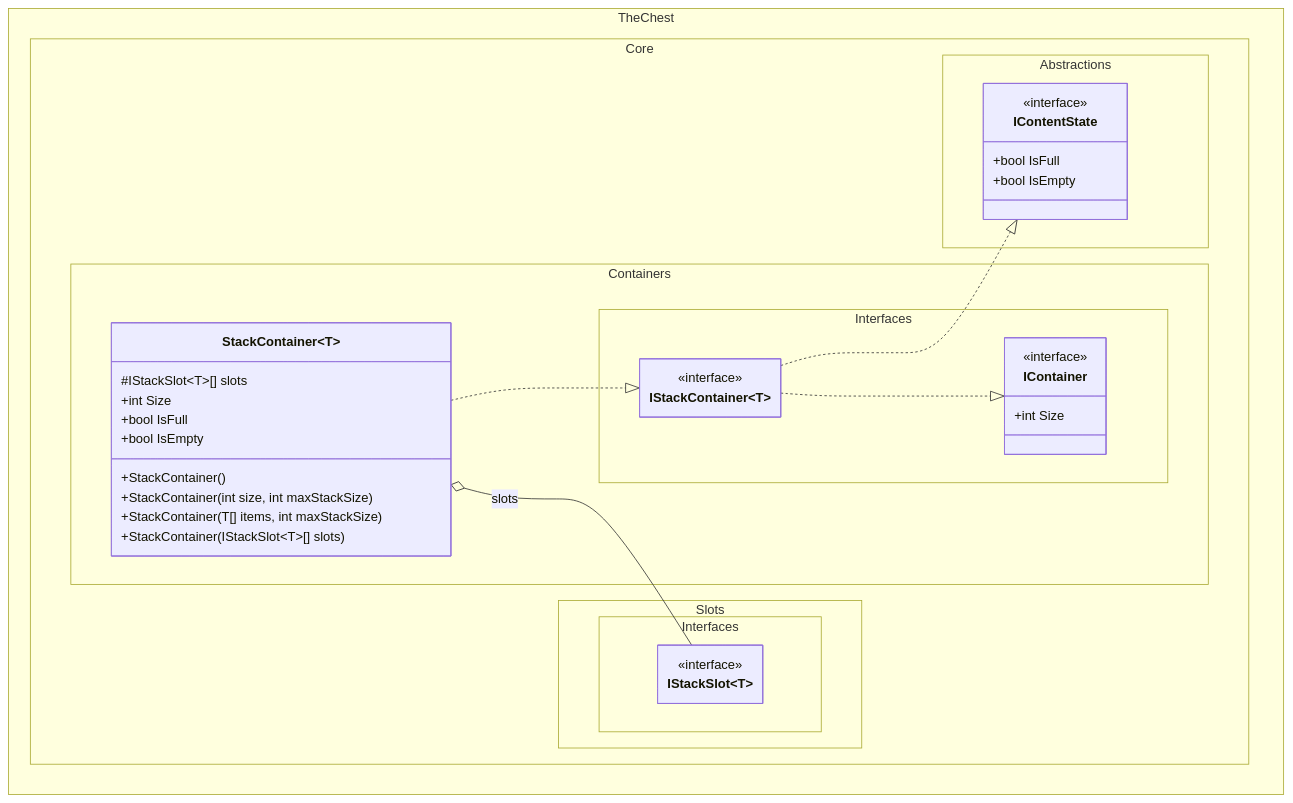
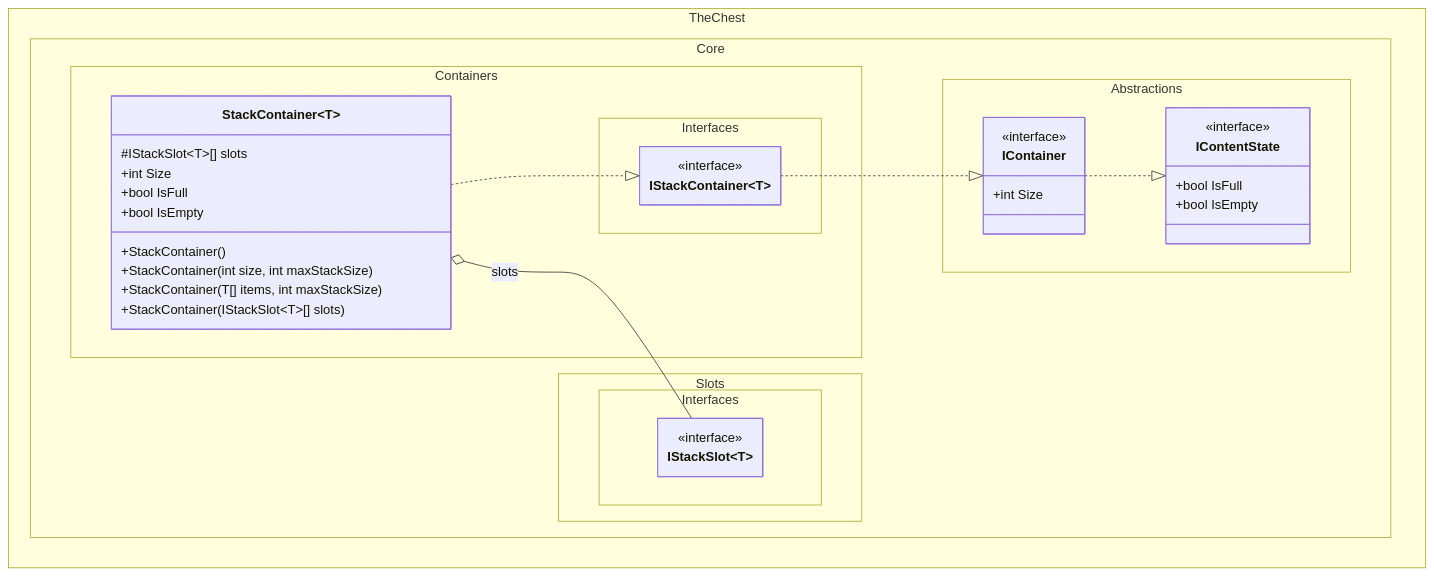
Before and after one commit to The-Chest/TheChest.Core: the second of 5 diagrams in docs/class_diagram.md, drawn with Mermaid. The commit also changed other lines of this file and 5 other files, not shown here.

````diff
--- a/docs/class_diagram.md
+++ b/docs/class_diagram.md
@@ -62,48 +69,48 @@
 ```mermaid
 ---
 config:
   theme: mc
   look: classic
   class:
     hideEmptyMembersBox: true
 ---
 classDiagram
 direction BT
     namespace TheChest.Core.Abstractions {
         class IContentState {
             <<interface>>
             +bool IsFull
             +bool IsEmpty
         }
-    }
-    namespace TheChest.Core.Containers.Interfaces {
         class IContainer {
             <<interface>>
             +int Size
         }
+    }
+    namespace TheChest.Core.Containers.Interfaces {
         class IStackContainer~T~ {
             <<interface>>
         }
     }
     namespace TheChest.Core.Slots.Interfaces {
         class IStackSlot~T~ {
             <<interface>>
         }
     }
     namespace TheChest.Core.Containers {
         class StackContainer~T~ {
             #IStackSlot~T~[] slots
             +int Size
             +bool IsFull
             +bool IsEmpty
             +StackContainer()
             +StackContainer(int size, int maxStackSize)
             +StackContainer(T[] items, int maxStackSize)
             +StackContainer(IStackSlot~T~[] slots)
         }
     }
+    IContainer ..|> IContentState
     IStackContainer~T~ ..|> IContainer
-    IStackContainer~T~ ..|> IContentState
     StackContainer~T~ ..|> IStackContainer~T~
     StackContainer~T~ o-- IStackSlot~T~ : slots
 ```
````
